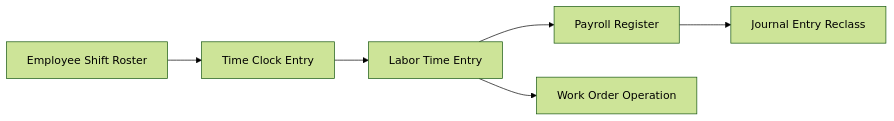
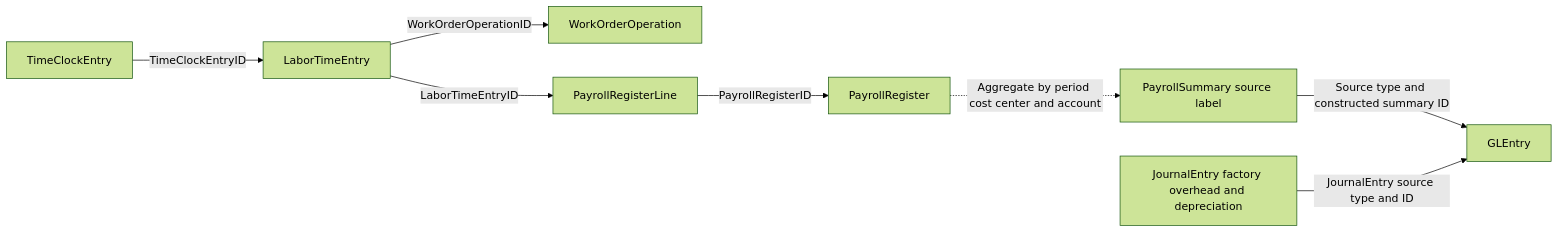
Before and after one commit to mmcodesso/CharlesRiver_Database: the sixth of 7 diagrams in docs/processes/manufacturing.md, drawn with Mermaid (forest theme). The commit also changed other lines of this file and 66 other files, not shown here.

````diff
--- a/docs/processes/manufacturing.md
+++ b/docs/processes/manufacturing.md
@@ -413,14 +414,12 @@
 ```mermaid
 flowchart LR
     accTitle: Operational labor evidence and payroll cost support
-    accDescr: Shift rosters and time-clock entries support labor records linked to work-order operations. Payroll and journals supply separate accounting support.
-    ESR[Employee Shift Roster]
-    TCE[Time Clock Entry]
-    LTE[Labor Time Entry]
-    PR[Payroll Register]
-    JE[Journal Entry Reclass]
-    WOO[Work Order Operation]
-
-    ESR --> TCE --> LTE --> WOO
-    LTE --> PR --> JE
+    accDescr: Labeled solid arrows identify stored keys. Dashed arrows identify aggregation or analytical support. PayrollSummary posts directly to the ledger. Factory overhead and depreciation have separate journal routes.
+    TCE[TimeClockEntry] -->|TimeClockEntryID| LTE[LaborTimeEntry]
+    LTE -->|WorkOrderOperationID| WOO[WorkOrderOperation]
+    LTE -->|LaborTimeEntryID| PRL[PayrollRegisterLine]
+    PRL -->|PayrollRegisterID| PR[PayrollRegister]
+    PR -. Aggregate by period cost center and account .-> PS[PayrollSummary source label]
+    PS -->|Source type and constructed summary ID| GL[GLEntry]
+    JE[JournalEntry factory overhead and depreciation] -->|JournalEntry source type and ID| GL
 ```
````
